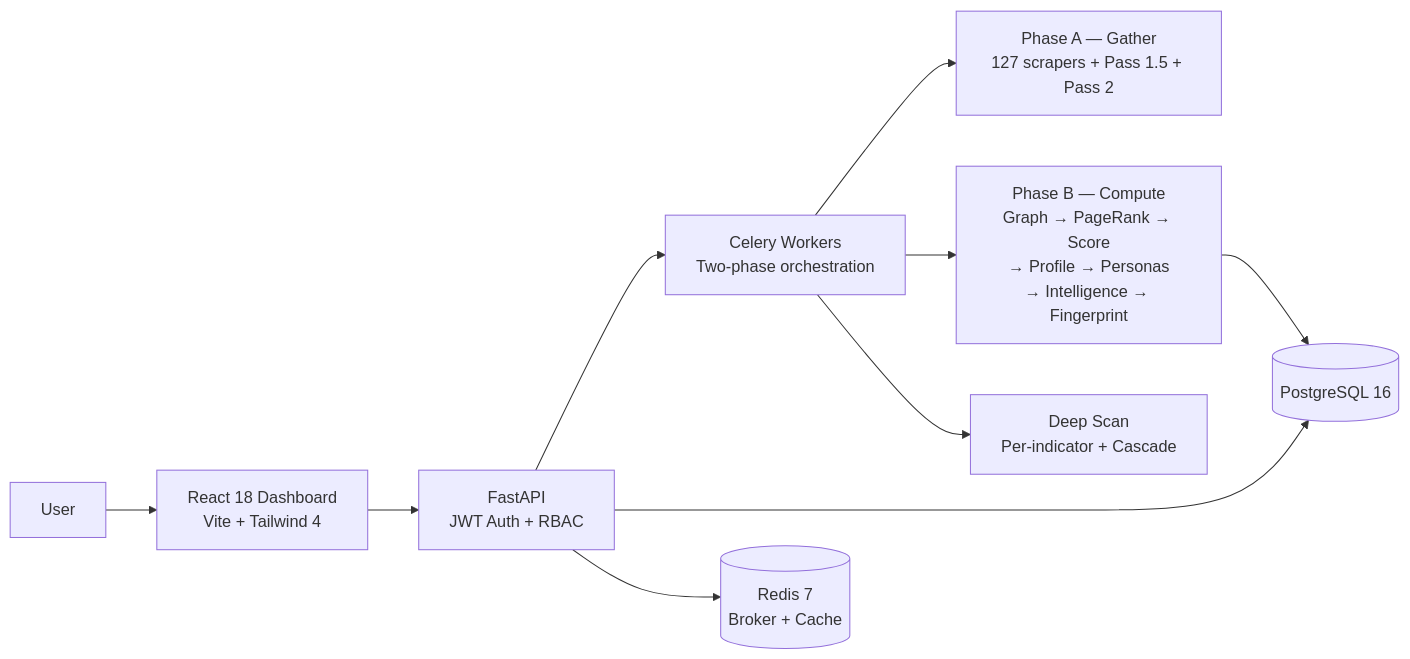
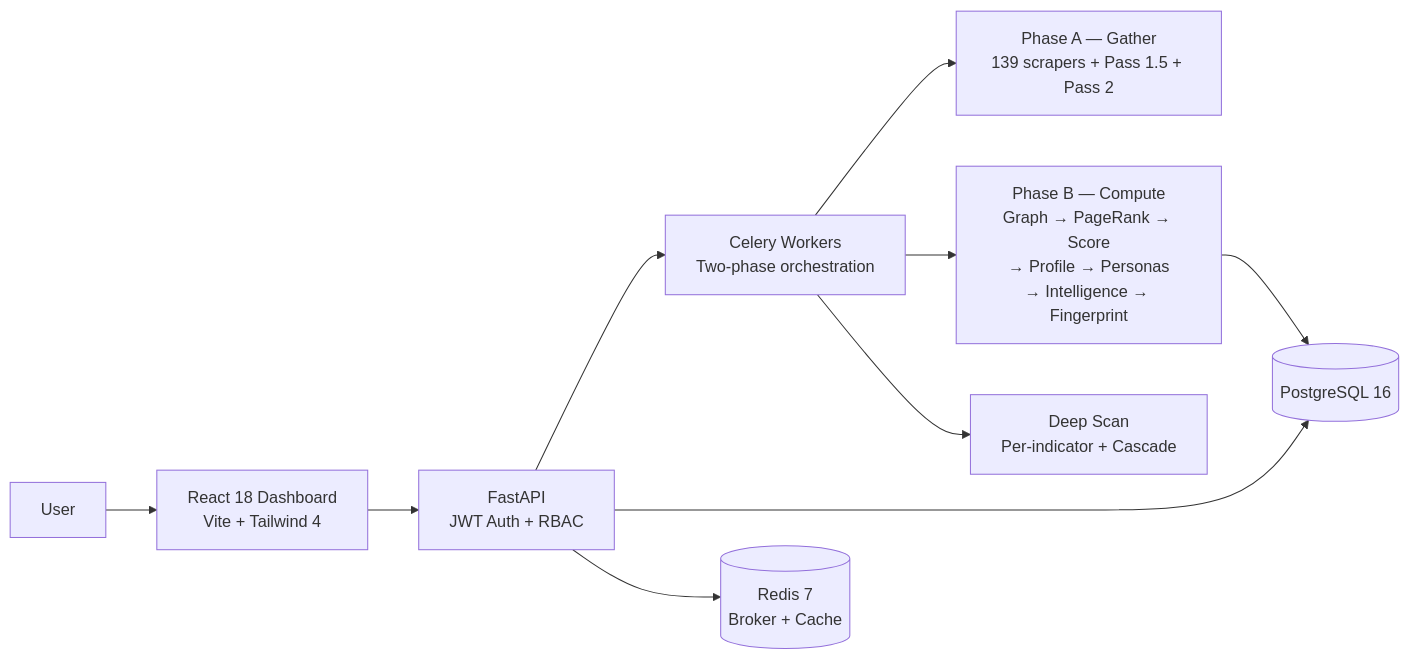
One commit to nabz0r/xposeTIP changed the diagram in README.md. Above: the diagram before and after it, drawn with Mermaid. The commit also changed other lines of this file and 27 other files, not shown here.

````diff
--- a/README.md
+++ b/README.md
@@ -117,12 +117,12 @@
 ```mermaid
 graph LR
     U[User] --> R[React 18 Dashboard<br/>Vite + Tailwind 4]
     R --> A[FastAPI<br/>JWT Auth + RBAC]
     A --> C[Celery Workers<br/>Two-phase orchestration]
     A --> PG[(PostgreSQL 16)]
     A --> RD[(Redis 7<br/>Broker + Cache)]
-    C --> P1[Phase A — Gather<br/>127 scrapers + Pass 1.5 + Pass 2]
+    C --> P1[Phase A — Gather<br/>139 scrapers + Pass 1.5 + Pass 2]
     C --> P2[Phase B — Compute<br/>Graph → PageRank → Score<br/>→ Profile → Personas<br/>→ Intelligence → Fingerprint]
     P2 --> PG
     C --> DS[Deep Scan<br/>Per-indicator + Cascade]
 ```
````
